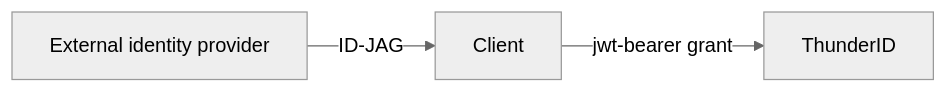
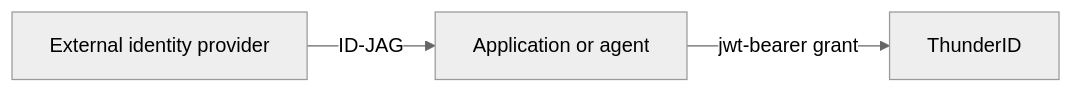
Before and after one commit to thiva-k/thunder: the second of 2 diagrams in docs/content/guides/protocols/oauth-oidc/identity-assertion-grant/index.mdx, drawn with Mermaid (neutral theme). The commit also changed other lines of this file and 41 other files, not shown here.

````diff
--- a/docs/content/guides/protocols/oauth-oidc/identity-assertion-grant/index.mdx
+++ b/docs/content/guides/protocols/oauth-oidc/identity-assertion-grant/index.mdx
@@ -26,5 +26,5 @@
 ```mermaid
 flowchart LR
-  I[External identity provider] -->|ID-JAG| C[Client]
+  I[External identity provider] -->|ID-JAG| C[Application or agent]
   C -->|jwt-bearer grant| T2[ThunderID]
 ```
````
